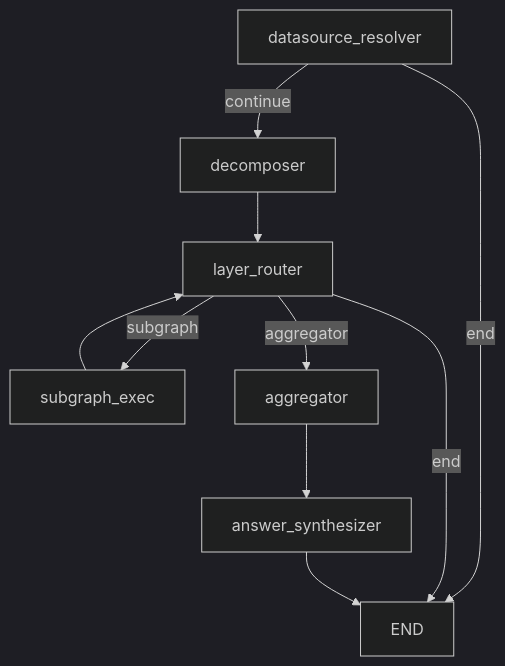
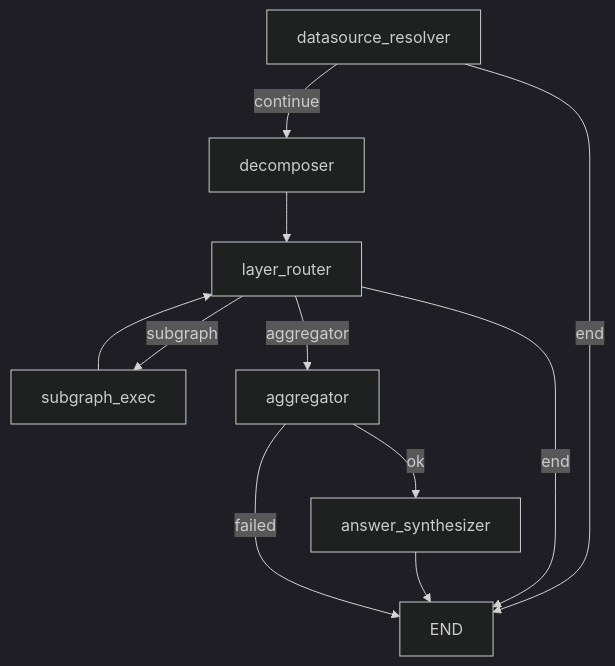
Before and after one commit to nadeem4/nl2sql: the diagram in docs/architecture/subgraphs/main_pipeline_graph.md, drawn with Mermaid (dark theme). The commit also changed other lines of this file and 18 other files, not shown here.

````diff
--- a/docs/architecture/subgraphs/main_pipeline_graph.md
+++ b/docs/architecture/subgraphs/main_pipeline_graph.md
@@ -61,11 +62,12 @@
 ```mermaid
 flowchart TD
     datasource_resolver -->|continue| decomposer
     datasource_resolver -->|end| END
     decomposer --> layer_router
     layer_router -->|subgraph| subgraph_exec
     subgraph_exec --> layer_router
     layer_router -->|aggregator| aggregator
     layer_router -->|end| END
-    aggregator --> answer_synthesizer --> END
+    aggregator -->|ok| answer_synthesizer --> END
+    aggregator -->|failed| END
 ```
````
